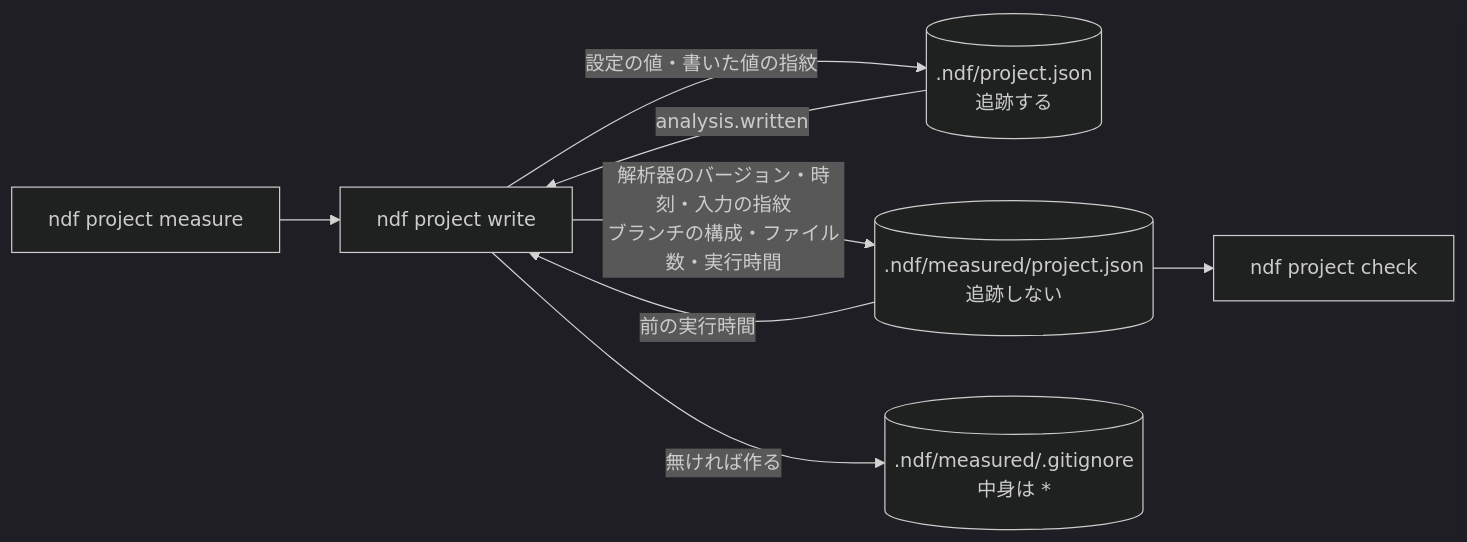
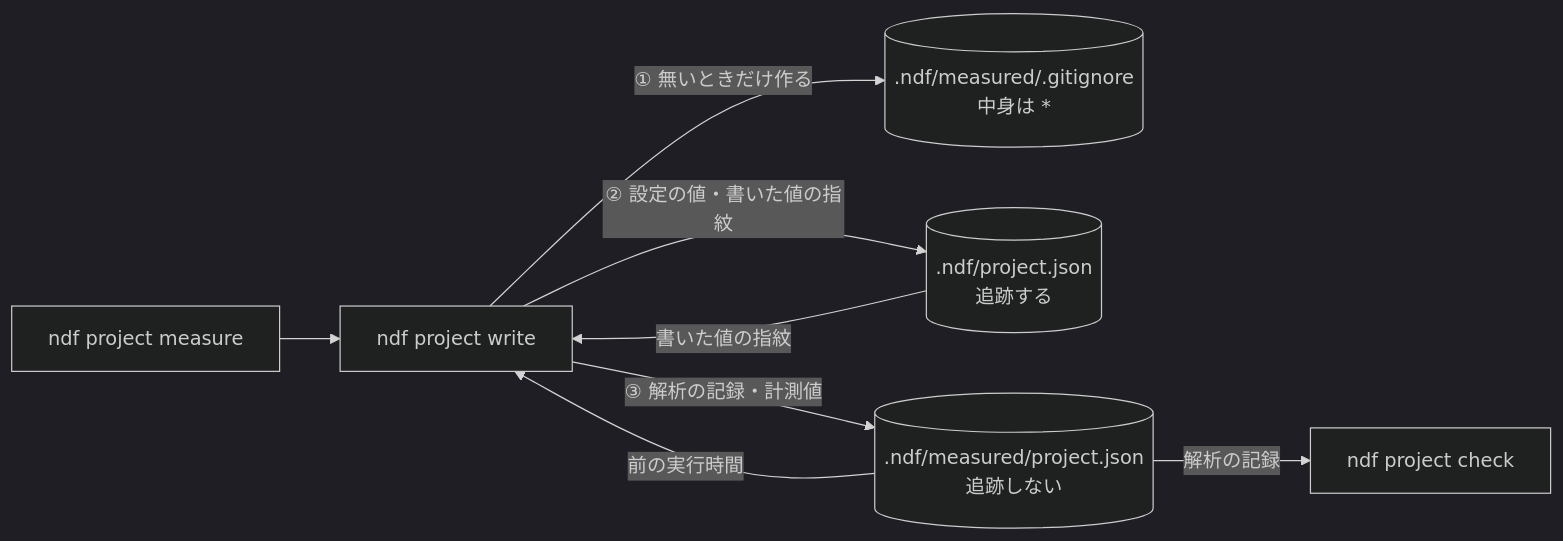
The second of 3 diagrams in issues/issue-4516-design.md (devbasex/ai-plugins), drawn with Mermaid (dark theme) before and after one commit. The commit also changed other lines of this file and 5 other files, not shown here.

````diff
--- a/issues/issue-4516-design.md
+++ b/issues/issue-4516-design.md
@@ -44,10 +44,10 @@
 ```mermaid
 flowchart LR
   M["ndf project measure"] --> W["ndf project write"]
-  W -->|"設定の値・書いた値の指紋"| P[(".ndf/project.json<br/>追跡する")]
-  W -->|"解析器のバージョン・時刻・入力の指紋<br/>ブランチの構成・ファイル数・実行時間"| R[(".ndf/measured/project.json<br/>追跡しない")]
-  W -->|"無ければ作る"| G[(".ndf/measured/.gitignore<br/>中身は *")]
-  R --> C["ndf project check"]
-  P -->|"analysis.written"| W
+  W -->|"① 無いときだけ作る"| G[(".ndf/measured/.gitignore<br/>中身は *")]
+  W -->|"② 設定の値・書いた値の指紋"| P[(".ndf/project.json<br/>追跡する")]
+  W -->|"③ 解析の記録・計測値"| R[(".ndf/measured/project.json<br/>追跡しない")]
+  R -->|"解析の記録"| C["ndf project check"]
+  P -->|"書いた値の指紋"| W
   R -->|"前の実行時間"| W
 ```
````
